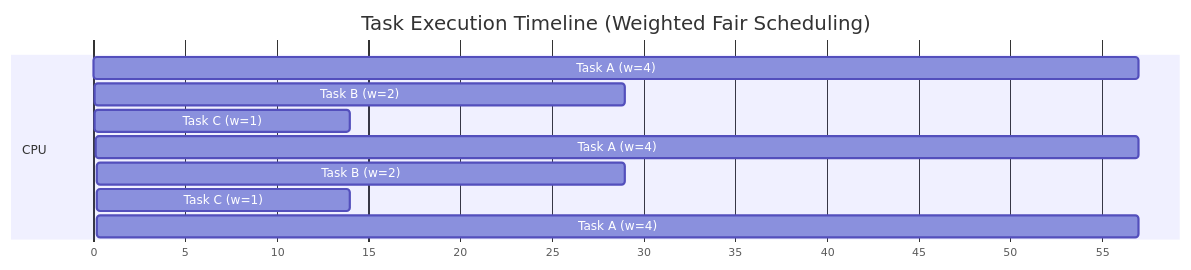
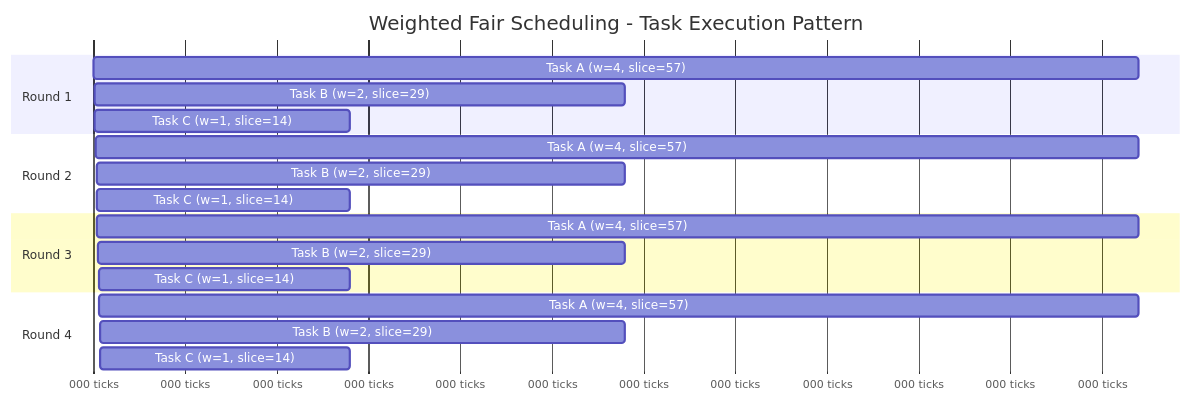
Before and after one commit to sabarioded/soRTOS: diagram 11 of 14 in docs/scheduler.md, drawn with Mermaid. The commit also changed other lines of this file, not shown here.

````diff
--- a/docs/scheduler.md
+++ b/docs/scheduler.md
@@ -669,15 +735,26 @@
 ```mermaid
 gantt
-    title Task Execution Timeline (Weighted Fair Scheduling)
+    title Weighted Fair Scheduling - Task Execution Pattern
     dateFormat X
-    axisFormat %s
+    axisFormat %L ticks
     
-    section CPU
-    Task A (w=4) :0, 57
-    Task B (w=2) :57, 29
-    Task C (w=1) :86, 14
-    Task A (w=4) :100, 57
-    Task B (w=2) :157, 29
-    Task C (w=1) :186, 14
-    Task A (w=4) :200, 57
+    section Round 1
+    Task A (w=4, slice=57)  :a1, 0, 57
+    Task B (w=2, slice=29)  :b1, 57, 29
+    Task C (w=1, slice=14)  :c1, 86, 14
+    
+    section Round 2
+    Task A (w=4, slice=57)  :a2, 100, 57
+    Task B (w=2, slice=29)  :b2, 157, 29
+    Task C (w=1, slice=14)  :c2, 186, 14
+    
+    section Round 3
+    Task A (w=4, slice=57)  :a3, 200, 57
+    Task B (w=2, slice=29)  :b3, 257, 29
+    Task C (w=1, slice=14)  :c3, 286, 14
+    
+    section Round 4
+    Task A (w=4, slice=57)  :a4, 300, 57
+    Task B (w=2, slice=29)  :b4, 357, 29
+    Task C (w=1, slice=14)  :c4, 386, 14
 ```
````
